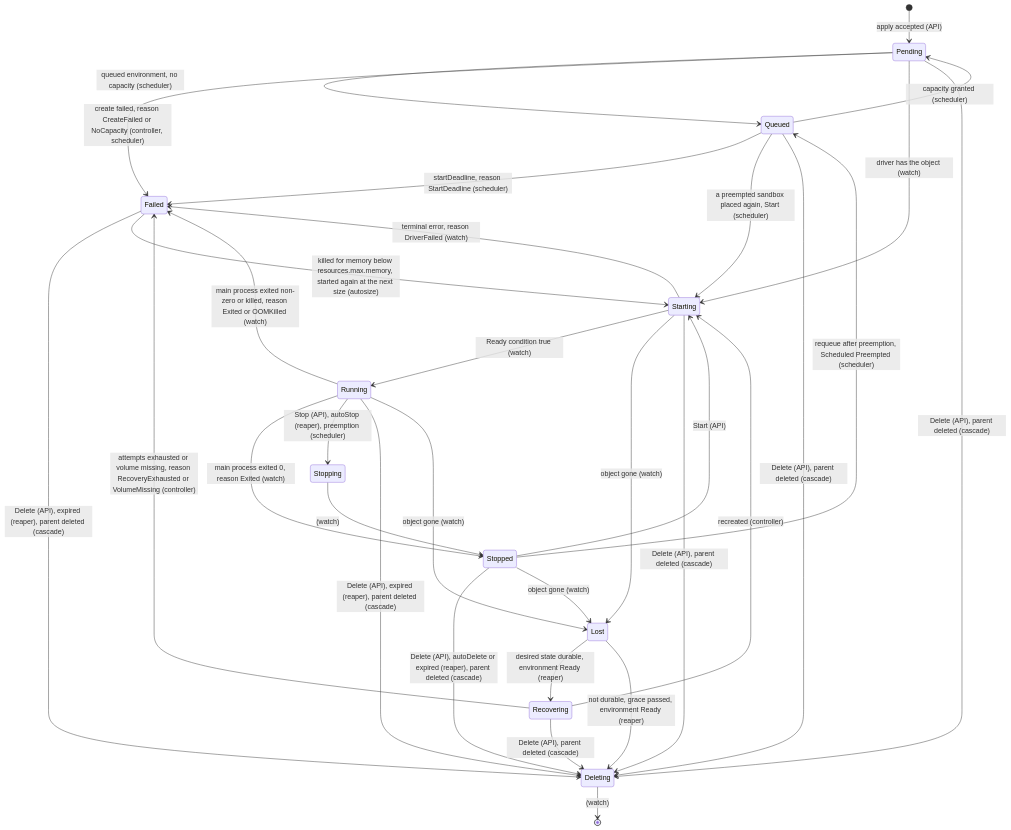
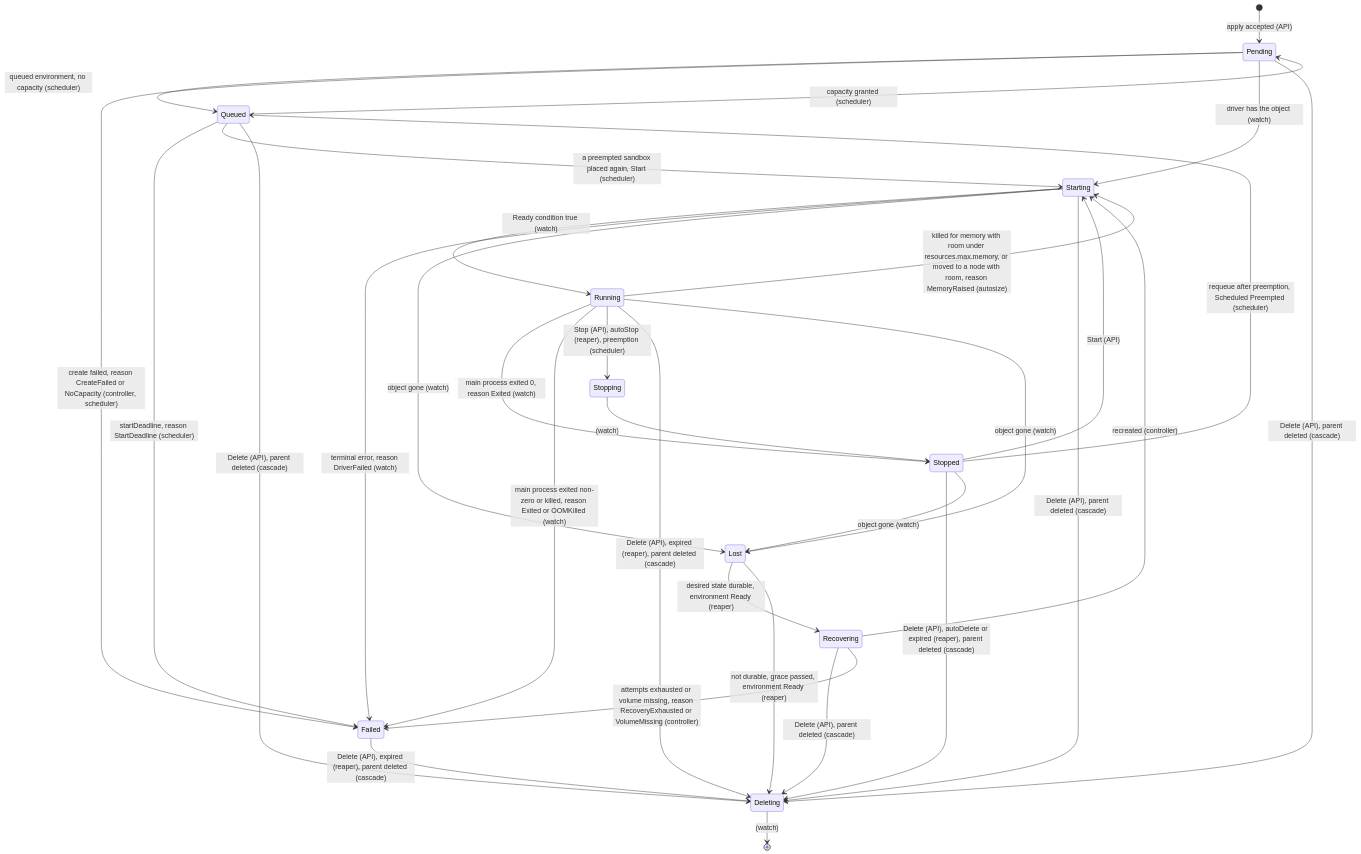
Before and after one commit to latere-ai/cella: the diagram in specs/005-lifecycle-controller.md, drawn with Mermaid. The commit also changed other lines of this file and 1 other file, not shown here.

Commit message:
specs: 005 and 078 say what a reader sees across a restart for size and why a start of a failed sandbox stays refused

````diff
--- a/specs/005-lifecycle-controller.md
+++ b/specs/005-lifecycle-controller.md
@@ -46,34 +46,34 @@
 ```mermaid
 stateDiagram-v2
   [*] --> Pending: apply accepted (API)
   Pending --> Queued: queued environment, no capacity (scheduler)
   Queued --> Pending: capacity granted (scheduler)
   Queued --> Failed: startDeadline, reason StartDeadline (scheduler)
   Pending --> Failed: create failed, reason CreateFailed or NoCapacity (controller, scheduler)
   Pending --> Starting: driver has the object (watch)
   Starting --> Running: Ready condition true (watch)
   Starting --> Failed: terminal error, reason DriverFailed (watch)
   Starting --> Lost: object gone (watch)
   Running --> Stopped: main process exited 0, reason Exited (watch)
   Running --> Failed: main process exited non-zero or killed, reason Exited or OOMKilled (watch)
   Running --> Stopping: Stop (API), autoStop (reaper), preemption (scheduler)
   Stopping --> Stopped: (watch)
   Stopped --> Starting: Start (API)
   Stopped --> Queued: requeue after preemption, Scheduled Preempted (scheduler)
   Queued --> Starting: a preempted sandbox placed again, Start (scheduler)
   Running --> Deleting: Delete (API), expired (reaper), parent deleted (cascade)
   Stopped --> Deleting: Delete (API), autoDelete or expired (reaper), parent deleted (cascade)
   Pending --> Deleting: Delete (API), parent deleted (cascade)
   Queued --> Deleting: Delete (API), parent deleted (cascade)
   Starting --> Deleting: Delete (API), parent deleted (cascade)
   Failed --> Deleting: Delete (API), expired (reaper), parent deleted (cascade)
-  Failed --> Starting: killed for memory below resources.max.memory, started again at the next size (autosize)
+  Running --> Starting: killed for memory with room under resources.max.memory, or moved to a node with room, reason MemoryRaised (autosize)
   Recovering --> Deleting: Delete (API), parent deleted (cascade)
   Running --> Lost: object gone (watch)
   Stopped --> Lost: object gone (watch)
   Lost --> Recovering: desired state durable, environment Ready (reaper)
   Lost --> Deleting: not durable, grace passed, environment Ready (reaper)
   Recovering --> Starting: recreated (controller)
   Recovering --> Failed: attempts exhausted or volume missing, reason RecoveryExhausted or VolumeMissing (controller)
   Deleting --> [*]: (watch)
 ```
````
